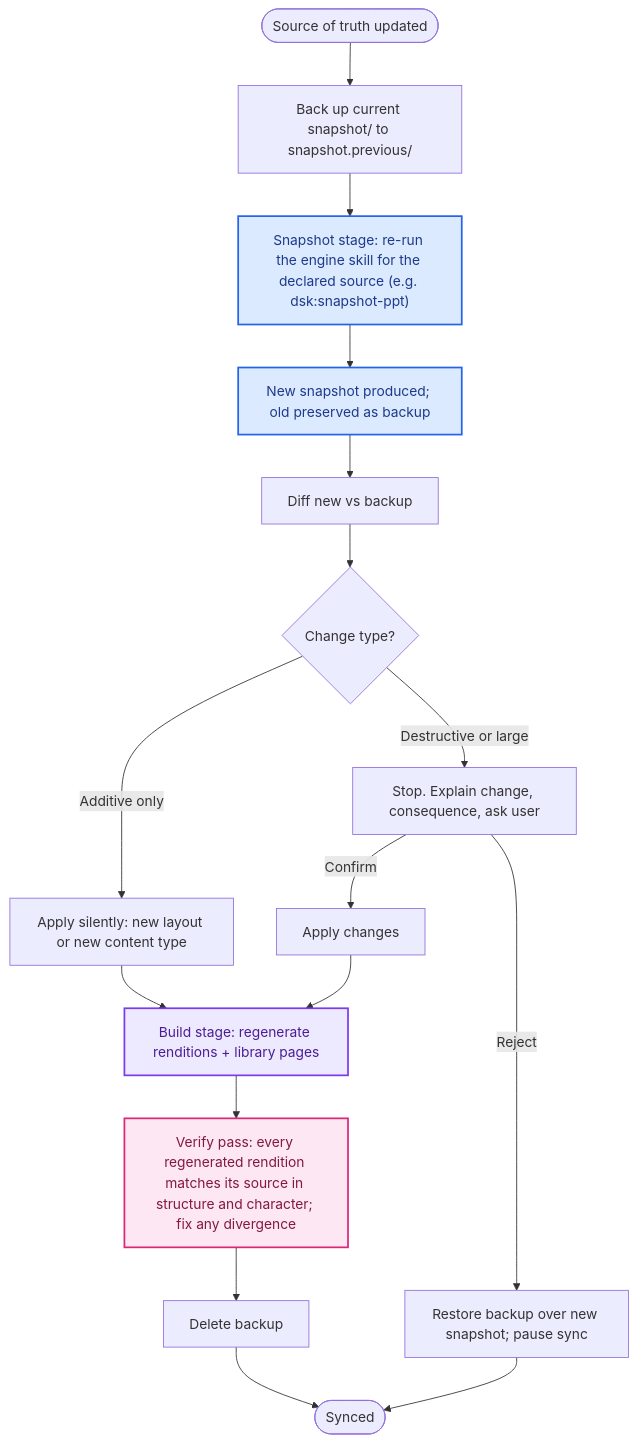
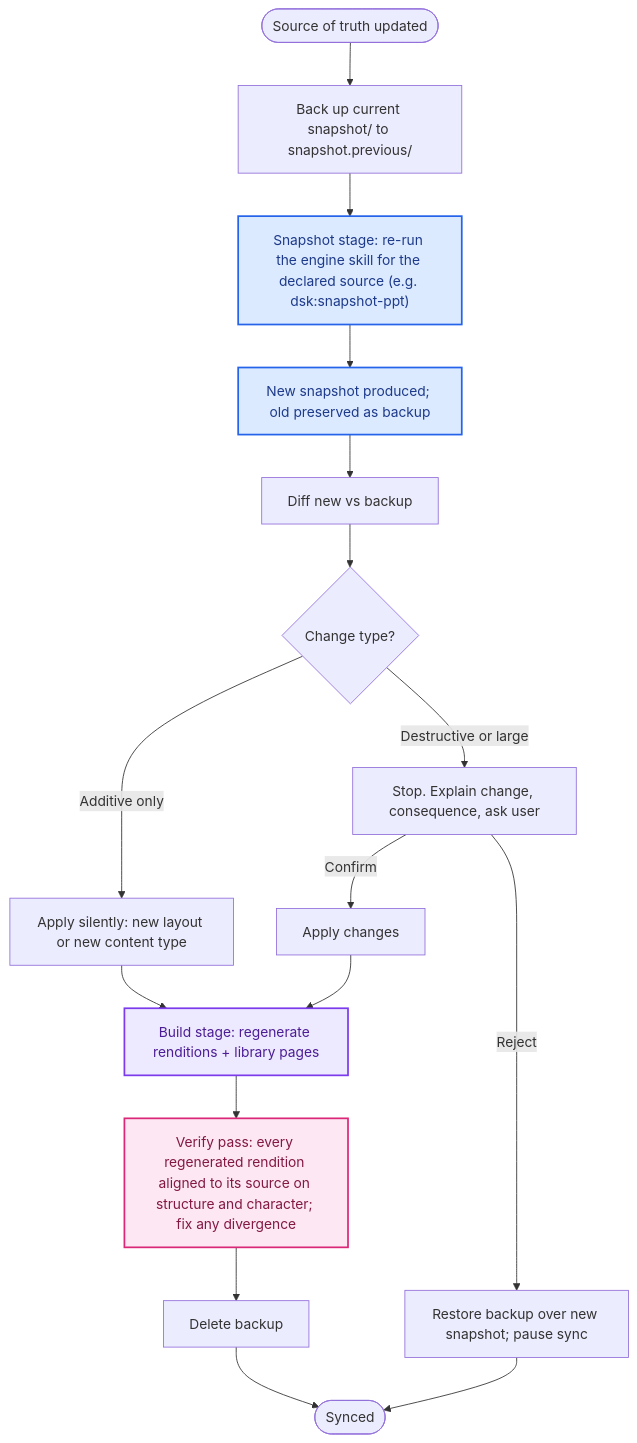
One commit to dawid-dahl-umain/design-system-kernel changed the fourth of 5 diagrams in dsk/skills/context/lifecycles.md. Above: the diagram before and after it, drawn with Mermaid. The commit also changed other lines of this file and 10 other files, not shown here.

````diff
--- a/dsk/skills/context/lifecycles.md
+++ b/dsk/skills/context/lifecycles.md
@@ -142,25 +142,25 @@
 ```mermaid
 flowchart TD
     SourceChanged([Source of truth updated]) --> Backup["Back up current snapshot/ to snapshot.previous/"]
     Backup --> ReSnapshot["Snapshot stage: re-run the engine skill for the declared source (e.g. dsk:snapshot-ppt)"]
     ReSnapshot --> NewSnapshot[New snapshot produced; old preserved as backup]
     NewSnapshot --> Diff[Diff new vs backup]
     Diff --> Classify{Change type?}
     Classify -->|Additive only| AutoApply[Apply silently: new layout or new content type]
     Classify -->|Destructive or large| AskUser[Stop. Explain change, consequence, ask user]
     AskUser -->|Confirm| Apply[Apply changes]
     AskUser -->|Reject| Rollback[Restore backup over new snapshot; pause sync]
     AutoApply --> RegenArtifacts["Build stage: regenerate renditions + library pages"]
     Apply --> RegenArtifacts
-    RegenArtifacts --> Verify["Verify pass: every regenerated rendition matches its source in structure and character; fix any divergence"]
+    RegenArtifacts --> Verify["Verify pass: every regenerated rendition aligned to its source on structure and character; fix any divergence"]
     Verify --> Cleanup[Delete backup]
     Cleanup --> Done([Synced])
     Rollback --> Done
 
     classDef snapshotStage fill:#dbeafe,stroke:#2563eb,stroke-width:2px,color:#1e3a8a
     classDef buildStage    fill:#ede9fe,stroke:#7c3aed,stroke-width:2px,color:#4c1d95
     classDef verifyStage   fill:#fce7f3,stroke:#db2777,stroke-width:2px,color:#831843
     class ReSnapshot,NewSnapshot snapshotStage
     class RegenArtifacts buildStage
     class Verify verifyStage
 ```
````
